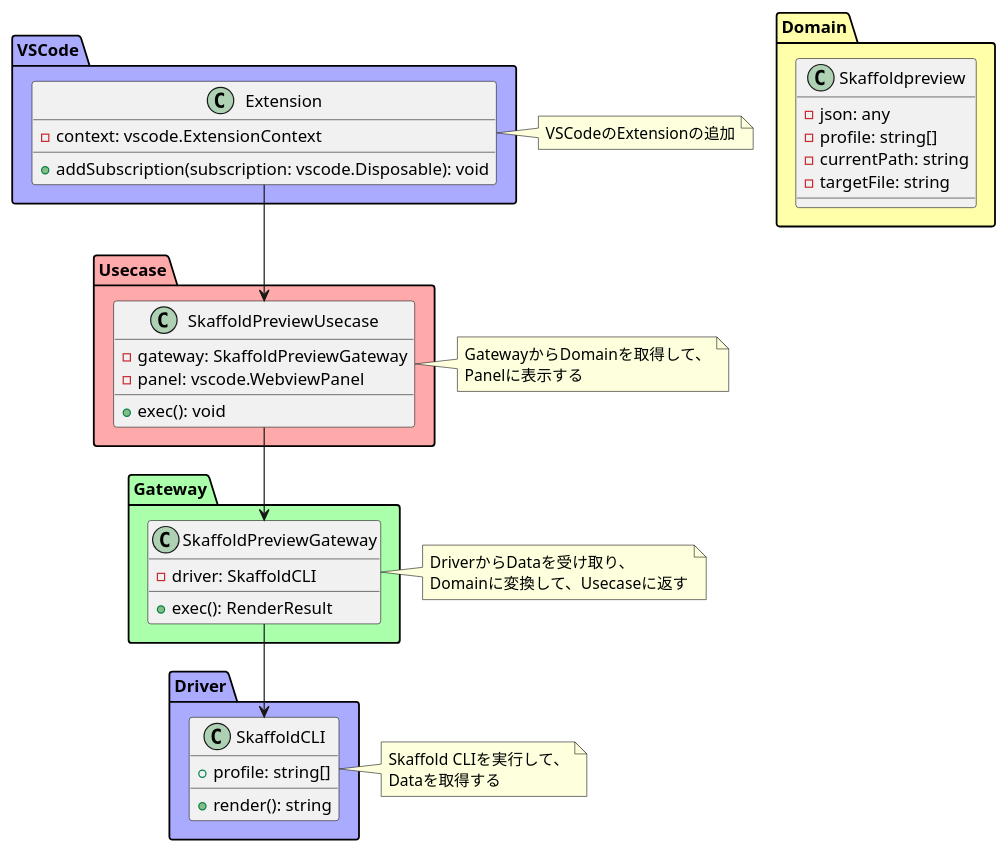
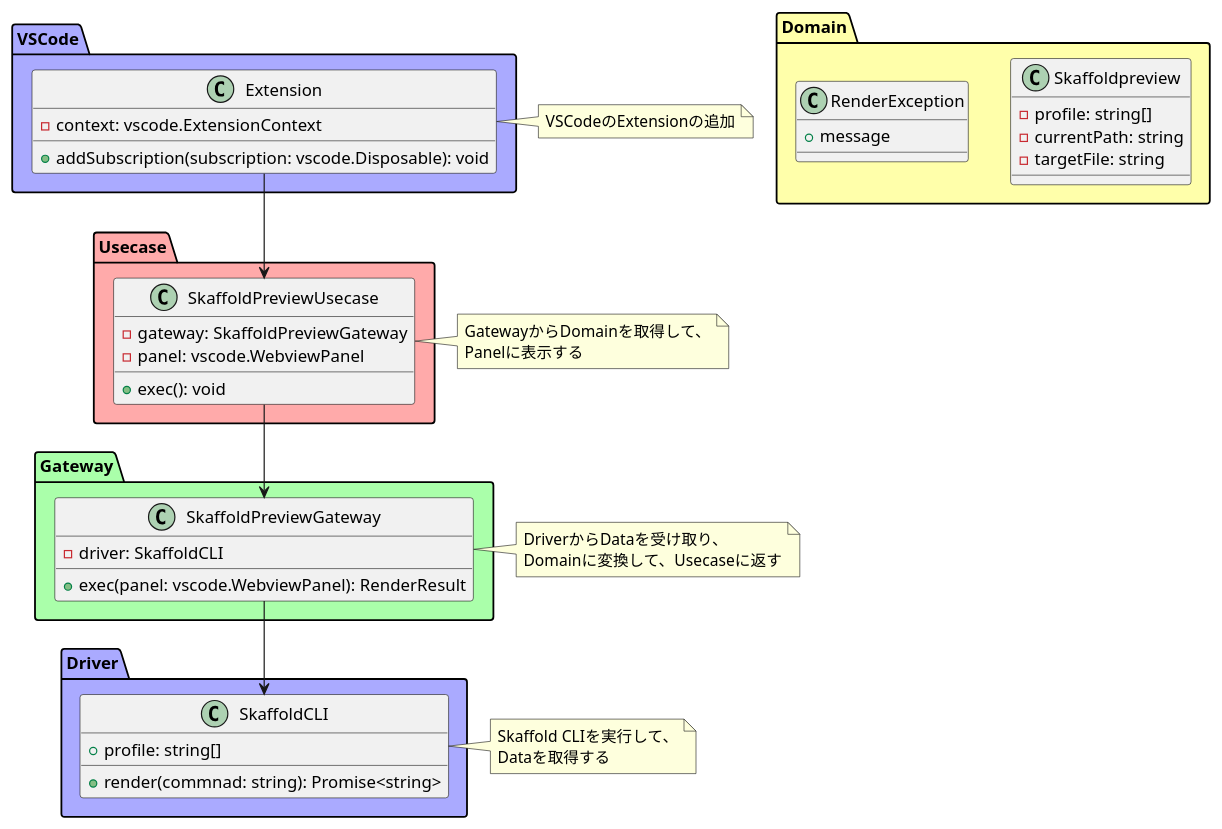
One commit to maaaashi/skaffold-preview changed the diagram in docs/class.pu. Above: the diagram before and after it, drawn with PlantUML. The commit also changed 7 other files, not shown here.

```diff
--- a/docs/class.pu
+++ b/docs/class.pu
@@ -1,67 +1,69 @@
 @startuml
 
 package VSCode #AAAAFF {
   class Extension {
     - context: vscode.ExtensionContext
     + addSubscription(subscription: vscode.Disposable): void
   }
 }
 
 package Domain #FFFFAA {
   class Skaffoldpreview {
-    - json: any
     - profile: string[]
     - currentPath: string
     - targetFile: string
+  }
+
+  class RenderException {
+    + message
   }
 }
 
 note right of Extension
   VSCodeのExtensionの追加
 end note
 
 package Usecase #FFAAAA {
   class SkaffoldPreviewUsecase {
     - gateway: SkaffoldPreviewGateway
     - panel: vscode.WebviewPanel
     + exec(): void
   }
 }
 
 note right of SkaffoldPreviewUsecase
   GatewayからDomainを取得して、
   Panelに表示する
 end note
 
 SkaffoldPreviewUsecase <-up- Extension
 
 package Gateway #AAFFAA {
   class SkaffoldPreviewGateway {
     - driver: SkaffoldCLI
-    + exec(): RenderResult
+    + exec(panel: vscode.WebviewPanel): RenderResult
   }
 
   SkaffoldPreviewGateway <-up- SkaffoldPreviewUsecase
 }
 
 note right of SkaffoldPreviewGateway
   DriverからDataを受け取り、
   Domainに変換して、Usecaseに返す
 end note
 
 package Driver #AAAAFF {
   class SkaffoldCLI {
     + profile: string[]
-    + render(): string
+    + render(commnad: string): Promise<string>
   }
 }
 
 note right of SkaffoldCLI
   Skaffold CLIを実行して、
   Dataを取得する
 end note
 
 SkaffoldCLI <-up- SkaffoldPreviewGateway
 
-
 @enduml
```
